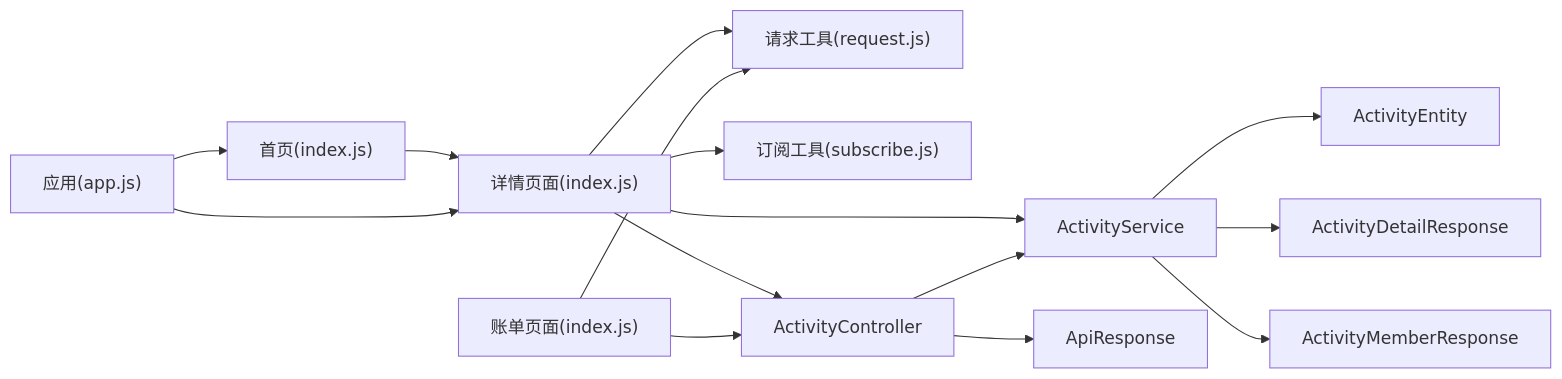
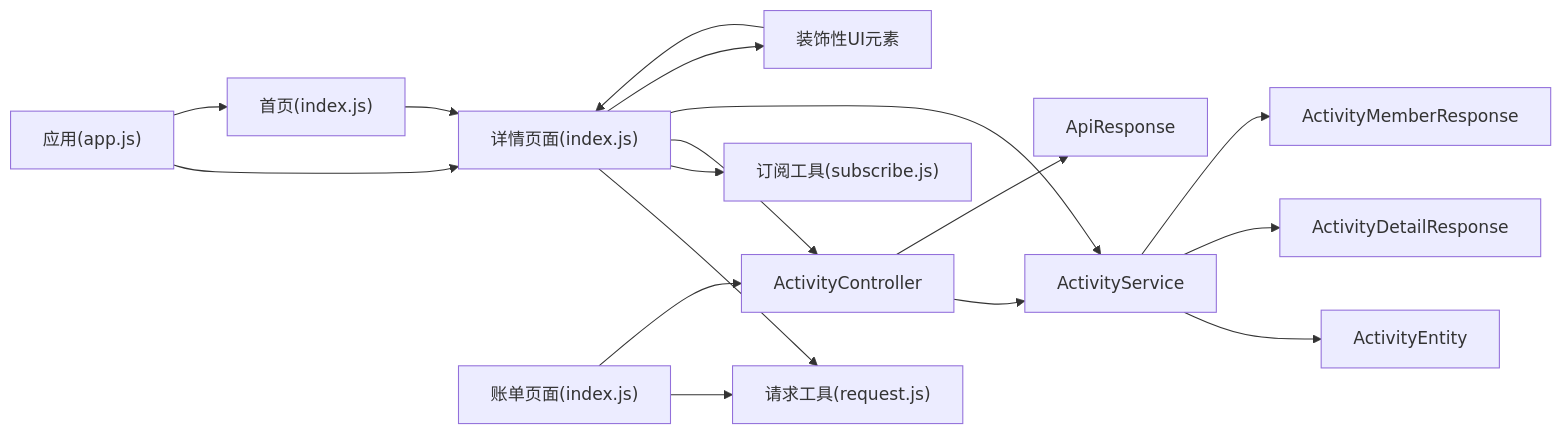
Before and after one commit to cwxiao/zugeju: the ninth of 9 diagrams in .qoder/repowiki/zh/content/前端开发/页面组件开发/活动详情页面开发.md, drawn with Mermaid. The commit also changed other lines of this file and 39 other files, not shown here.

First line of the commit message:
前端优化：压缩UI装饰图至38KB + 精简各页面冗余文案

````diff
--- a/.qoder/repowiki/zh/content/前端开发/页面组件开发/活动详情页面开发.md
+++ b/.qoder/repowiki/zh/content/前端开发/页面组件开发/活动详情页面开发.md
@@ -348,17 +424,19 @@
 ```mermaid
 graph LR
 DetailJS["详情页面(index.js)"] --> RequestJS["请求工具(request.js)"]
 DetailJS --> SubscribeJS["订阅工具(subscribe.js)"]
 DetailJS --> AC["ActivityController"]
 DetailJS --> AS["ActivityService"]
+DetailJS --> Decorations["装饰性UI元素"]
 BillsJS["账单页面(index.js)"] --> RequestJS
 BillsJS --> AC
 HomeJS["首页(index.js)"] --> DetailJS
 AppJS["应用(app.js)"] --> DetailJS
 AppJS --> HomeJS
 AC --> AS
 AS --> AE["ActivityEntity"]
 AS --> AD["ActivityDetailResponse"]
 AS --> AM["ActivityMemberResponse"]
 AC --> AR["ApiResponse"]
+Decorations --> DetailJS
 ```
````
